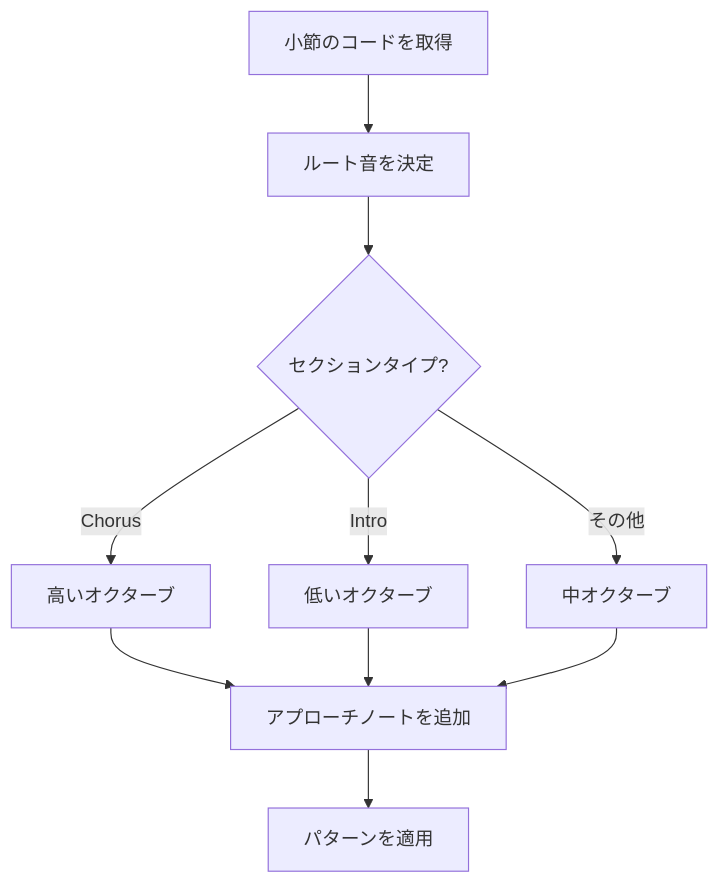
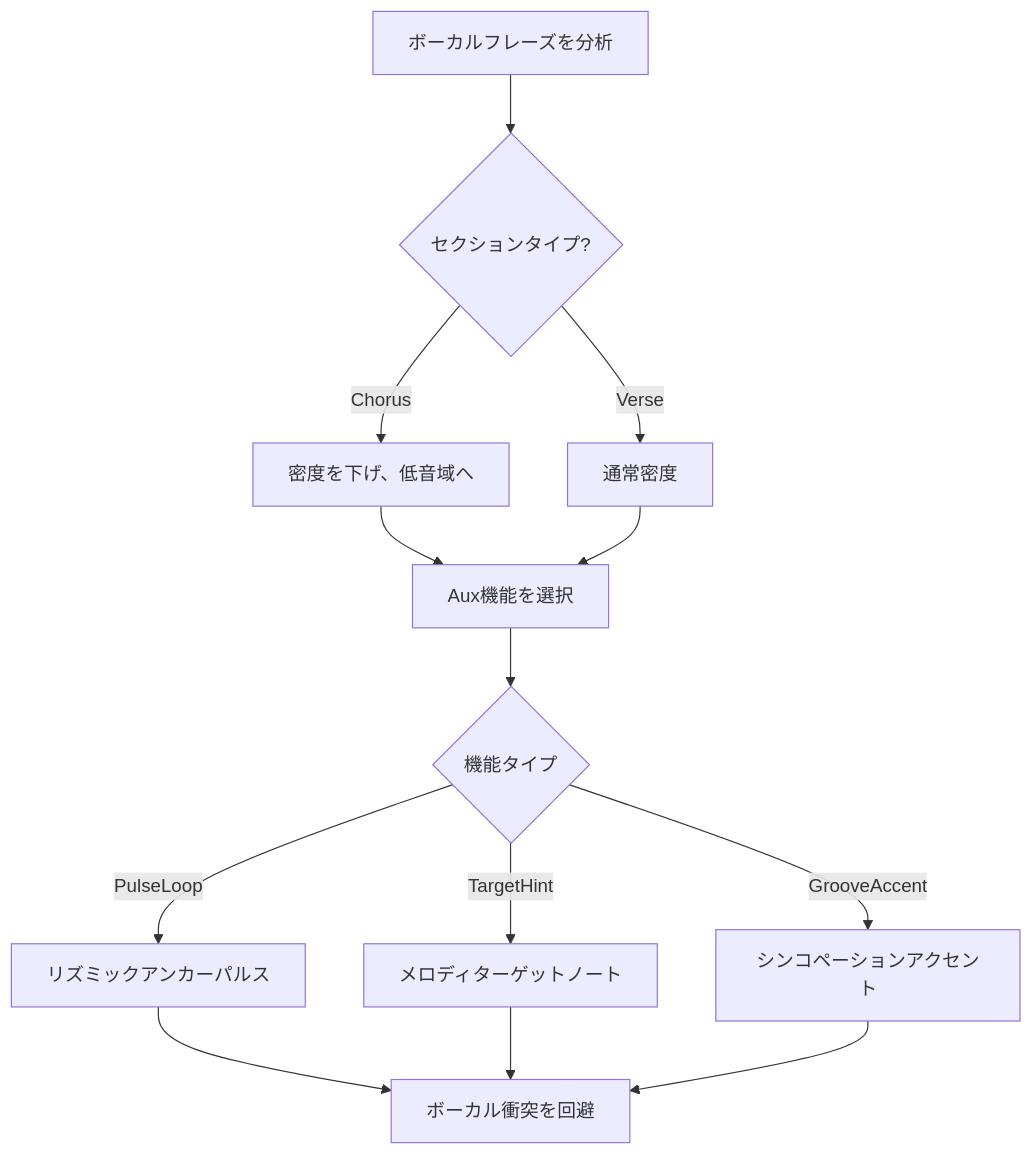
One commit to libraz/midi-sketch-homepage changed the fourth of 7 diagrams in src/ja/docs/generation-pipeline.md. Above: the diagram before and after it, drawn with Mermaid. The commit also changed other lines of this file and 16 other files, not shown here.

````diff
--- a/src/ja/docs/generation-pipeline.md
+++ b/src/ja/docs/generation-pipeline.md
@@ -72,12 +132,15 @@
 ```mermaid
 flowchart TD
-    A[小節のコードを取得] --> B[ルート音を決定]
-    B --> C{セクションタイプ?}
-    C -->|Chorus| D[高いオクターブ]
-    C -->|Intro| E[低いオクターブ]
-    C -->|その他| F[中オクターブ]
-    D --> G[アプローチノートを追加]
-    E --> G
-    F --> G
-    G --> H[パターンを適用]
+    A["ボーカルフレーズを分析"] --> B{"セクションタイプ?"}
+    B -->|Chorus| C["密度を下げ、低音域へ"]
+    B -->|Verse| D["通常密度"]
+    C --> E["Aux機能を選択"]
+    D --> E
+    E --> F{"機能タイプ"}
+    F -->|PulseLoop| G["リズミックアンカーパルス"]
+    F -->|TargetHint| H["メロディターゲットノート"]
+    F -->|GrooveAccent| I["シンコペーションアクセント"]
+    G --> J["ボーカル衝突を回避"]
+    H --> J
+    I --> J
 ```
````
